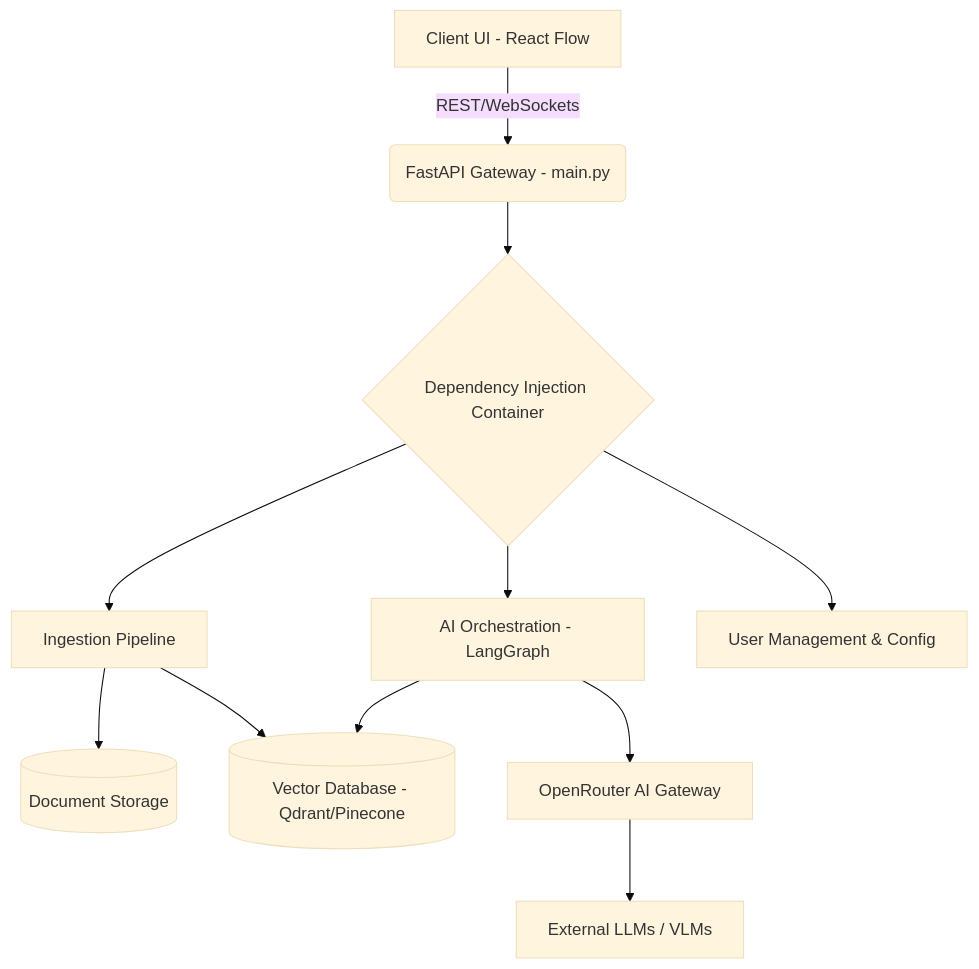
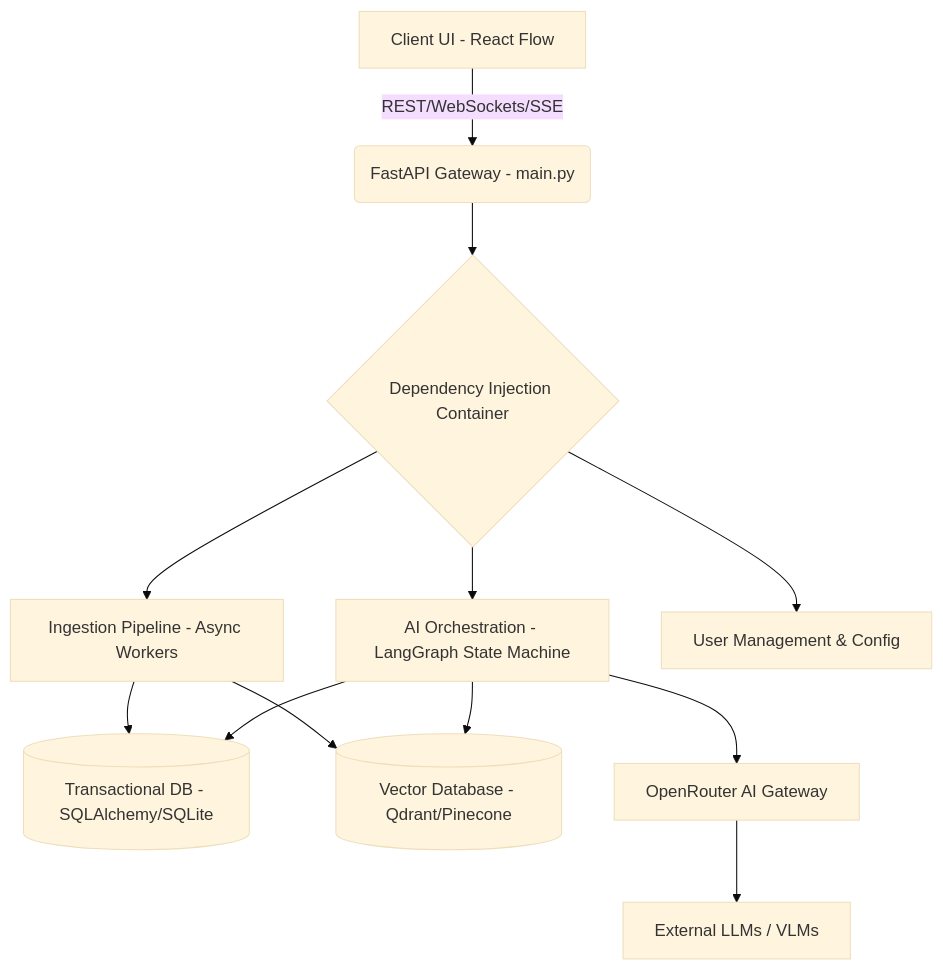
One commit to tsuyama1990/matome changed the diagram in dev_documents/system_prompts/SYSTEM_ARCHITECTURE.md. Above: the diagram before and after it, drawn with Mermaid (base theme). The commit also changed other lines of this file and 1 other file, not shown here.

First line of the commit message:
docs: add architect critic review and refine system architecture

````diff
--- a/dev_documents/system_prompts/SYSTEM_ARCHITECTURE.md
+++ b/dev_documents/system_prompts/SYSTEM_ARCHITECTURE.md
@@ -32,13 +33,14 @@
 ```mermaid
 graph TD
-    A[Client UI - React Flow] -->|REST/WebSockets| B(FastAPI Gateway - main.py)
+    A[Client UI - React Flow] -->|REST/WebSockets/SSE| B(FastAPI Gateway - main.py)
     B --> C{Dependency Injection Container}
-    C --> D[Ingestion Pipeline]
-    C --> E[AI Orchestration - LangGraph]
+    C --> D[Ingestion Pipeline - Async Workers]
+    C --> E[AI Orchestration - LangGraph State Machine]
     C --> F[User Management & Config]
-    D --> G[(Document Storage)]
+    D --> G[(Transactional DB - SQLAlchemy/SQLite)]
     D --> H[(Vector Database - Qdrant/Pinecone)]
     E --> I[OpenRouter AI Gateway]
     I --> J[External LLMs / VLMs]
     E --> H
+    E --> G
 ```
````
